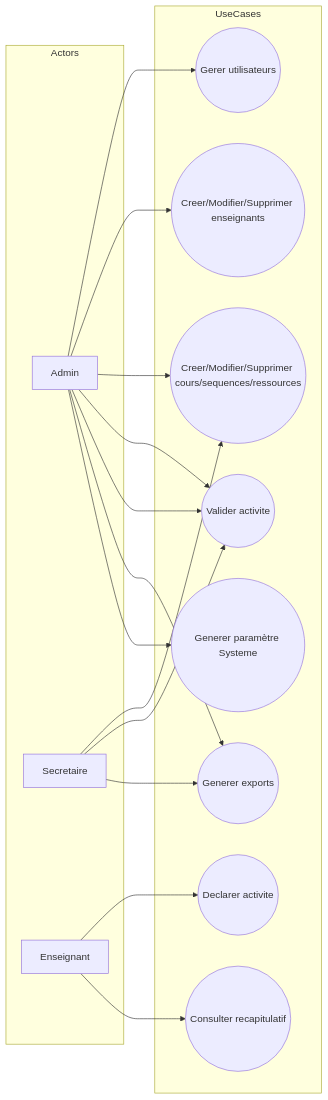
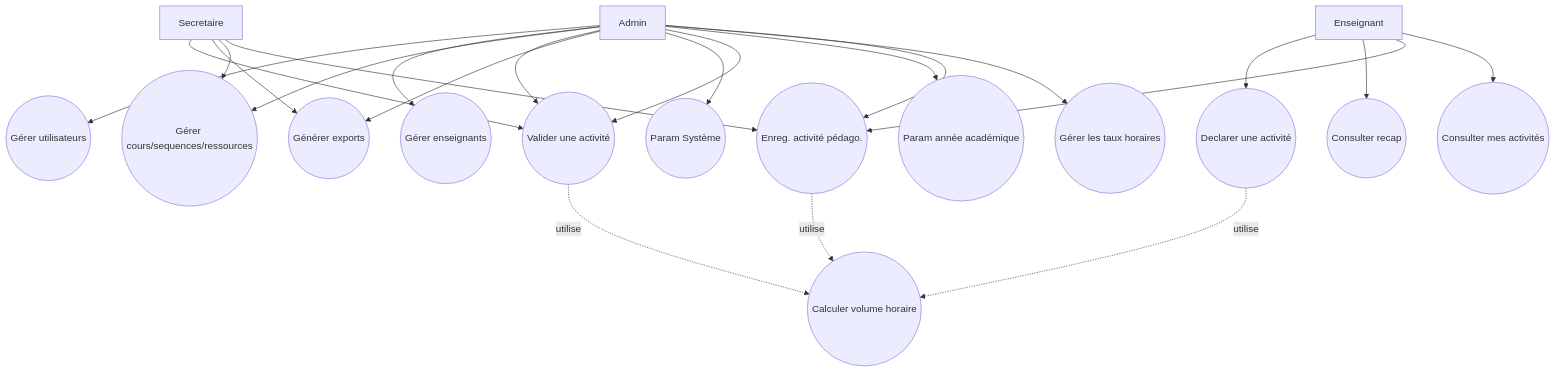
Before and after one commit to Drizain2/pct-gestion-heures: the diagram in docs/assets/usecase-diagram.mmd, drawn with Mermaid. The commit also changed 15 other files, not shown here.

Commit message:
[UPDATE] correction de dernière minute en ajouter les models Admin,Secretaire ainsi que leur seeders et amelioration des schema

```diff
--- a/docs/assets/usecase-diagram.mmd
+++ b/docs/assets/usecase-diagram.mmd
@@ -1,30 +1,29 @@
-graph LR
-    subgraph Actors
+flowchart TB
         A[Admin]
         S[Secretaire]
         E[Enseignant]
-    end
 
-    subgraph UseCases
-        U1((Gerer utilisateurs))
-        U2((Creer/Modifier/Supprimer enseignants))
-        U3((Creer/Modifier/Supprimer cours/sequences/ressources))
-        U4((Declarer activite))
-        U5((Valider activite))
-        U6((Consulter recapitulatif))
-        U7((Generer exports))
-        U8((Generer paramètre Systeme))
-    end
+        U1((Gérer utilisateurs))
+        U2((Gérer enseignants))
+        U3((Gérer cours/sequences/ressources))
+        U4((Declarer une activité))
+        U5((Valider une activité))
+        U6((Consulter recap))
+        U7((Générer exports))
+        U8((Param Système))
+        U9((Param année académique))
+        U10((Gérer les taux horaires))
+        U11((Enreg. activité pédago.))
+        U12((Calculer volume horaire))
+        U13((Consulter mes activités))
 
-    A --> U1
-    A --> U2
-    A --> U3
-    A --> U5
-    S --> U3
-    E --> U4
-    A --> U5
-    S --> U5
-    S --> U7
-    E --> U6
-    A --> U7
-    A --> U8
+
+    A --> U1 & U2 & U3 & U5 & U7 & U8 & U5 & U9 & U10 & U11
+
+    S --> U5 & U7 & U3 & U11
+
+    E --> U4 & U6 & U11 & U13
+
+    U11 -.->|utilise| U12
+    U5 -.->|utilise| U12
+    U4 -.->|utilise| U12
```
